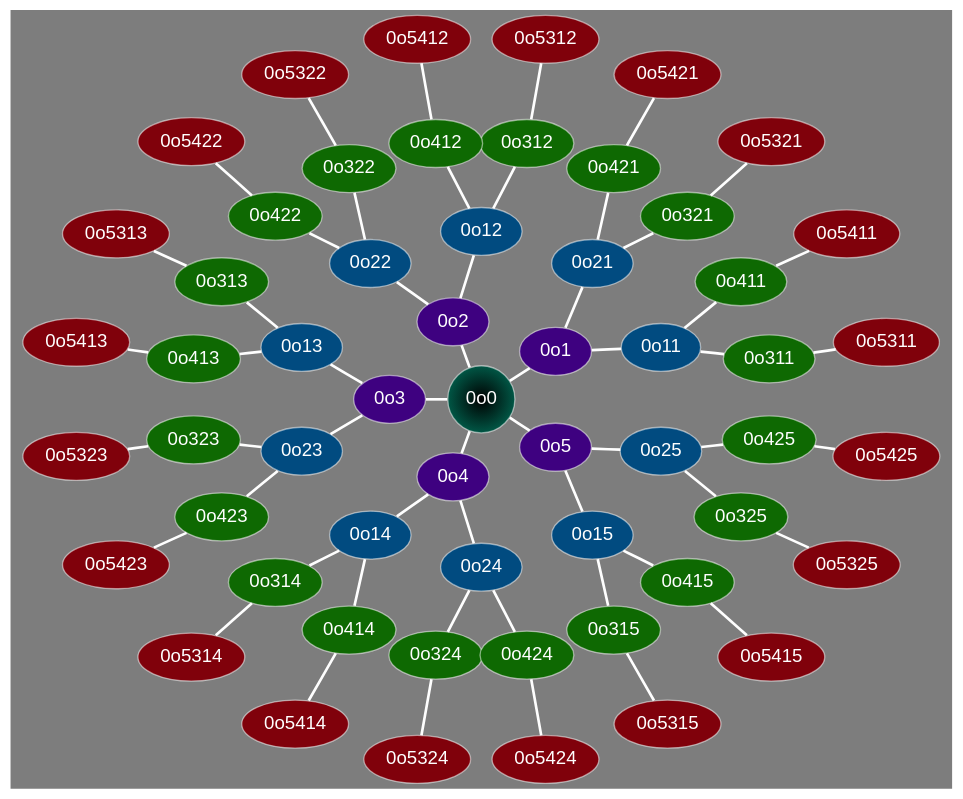
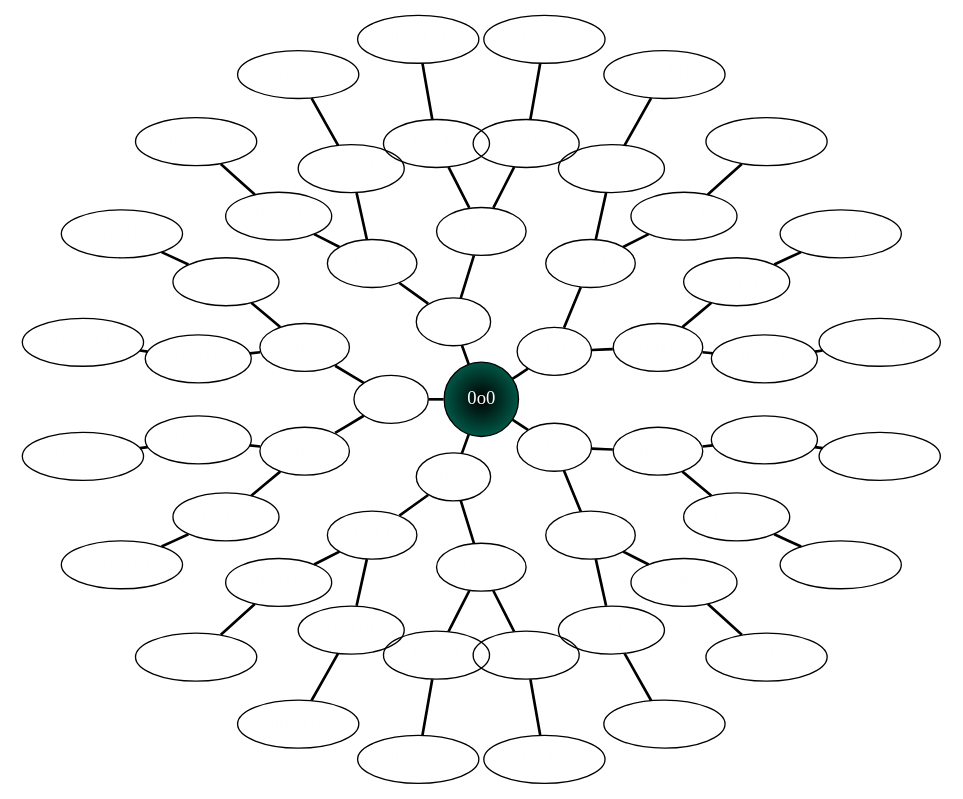
One commit to nRF24/CircuitPython_nRF24L01 changed the second of 2 diagrams in docs/network_docs/topology.rst. Above: the diagram before and after it, drawn with Graphviz. The commit also changed other lines of this file and 50 other files, not shown here.

```diff
--- a/docs/network_docs/topology.rst
+++ b/docs/network_docs/topology.rst
@@ -127,63 +124,81 @@
 .. graphviz::
+    :align: center
 
     graph network_levels {
         layout=twopi
-        bgcolor="#323232A1"
         ratio="0.825"
-        node [
-            style=filled
-            fontcolor="#FEFEFE"
-            color="#FEFEFE7f"
-            fontsize=14
-            fontname=Arial
-        ]
-        edge [color="#FEFEFE" style="setlinewidth(2)"]
+        edge [style="setlinewidth(2)"]
         ranksep="0.85:0.9:0.95:1.1"
         subgraph lvl_0 {
+            node [
+                color="var(--md-graphviz-edge-color)"
+                fontcolor="#FEFEFE"
+                fontsize=14
+            ]
             "0o0" [
                 root=true
                 shape="circle"
                 style="radial"
-                fillcolor="0.9:#018268;0:#000"
+                fillcolor="#000000;0.9:#018268"
             ]
         }
         subgraph lvl_1 {
-            node [fillcolor="#3E0180"]
+            node [
+                fillcolor="#3E0180"
+                color="var(--md-graphviz-edge-color)"
+                fontcolor="#FEFEFE"
+                fontsize=14
+            ]
             "0o1" "0o2" "0o3" "0o4" "0o5"
         }
         subgraph lvl_2 {
-            node [fillcolor="#014B80"]
+            node [
+                fillcolor="#014B80"
+                color="var(--md-graphviz-edge-color)"
+                fontcolor="#FEFEFE"
+                fontsize=14
+            ]
             "0o11" "0o21" "0o12" "0o22" "0o13" "0o23" "0o14" "0o24" "0o15" "0o25"
         }
         subgraph lvl_3 {
-            node [fillcolor="#0E6902"]
+            node [
+                fillcolor="#0E6902"
+                color="var(--md-graphviz-edge-color)"
+                fontcolor="#FEFEFE"
+                fontsize=14
+            ]
             "0o311" "0o411" "0o321" "0o421" "0o312" "0o412" "0o322" "0o422" "0o313" "0o413"
             "0o323" "0o423" "0o314" "0o414" "0o324" "0o424" "0o315" "0o415" "0o325" "0o425"
         }
         subgraph lvl_4 {
-            node [fillcolor="#80010B"]
+            node [
+                fillcolor="#80010B"
+                color="var(--md-graphviz-edge-color)"
+                fontcolor="#FEFEFE"
+                fontsize=14
+            ]
             "0o5311" "0o5411" "0o5321" "0o5312" "0o5421" "0o5313" "0o5314" "0o5315" "0o5322"
             "0o5323" "0o5324" "0o5325" "0o5412" "0o5423" "0o5422" "0o5413" "0o5414" "0o5424"
             "0o5415" "0o5425"
         }
         "0o0" -- "0o1" -- "0o11" -- "0o311" -- "0o5311"
         "0o0" -- "0o2" -- "0o12" -- "0o312" -- "0o5312"
         "0o0" -- "0o3" -- "0o13" -- "0o313" -- "0o5313"
         "0o0" -- "0o4" -- "0o14" -- "0o314" -- "0o5314"
         "0o0" -- "0o5" -- "0o15" -- "0o315" -- "0o5315"
         "0o1" -- "0o21" -- "0o321" -- "0o5321"
         "0o2" -- "0o22" -- "0o322" -- "0o5322"
         "0o3" -- "0o23" -- "0o323" -- "0o5323"
         "0o4" -- "0o24" -- "0o324" -- "0o5324"
         "0o5" -- "0o25" -- "0o325" -- "0o5325"
         "0o11" -- "0o411" -- "0o5411"
         "0o21" -- "0o421" -- "0o5421"
         "0o12" -- "0o412" -- "0o5412"
         "0o22" -- "0o422" -- "0o5422"
         "0o13" -- "0o413" -- "0o5413"
         "0o23" -- "0o423" -- "0o5423"
         "0o14" -- "0o414" -- "0o5414"
         "0o24" -- "0o424" -- "0o5424"
         "0o15" -- "0o415" -- "0o5415"
         "0o25" -- "0o425" -- "0o5425"
     }
```
